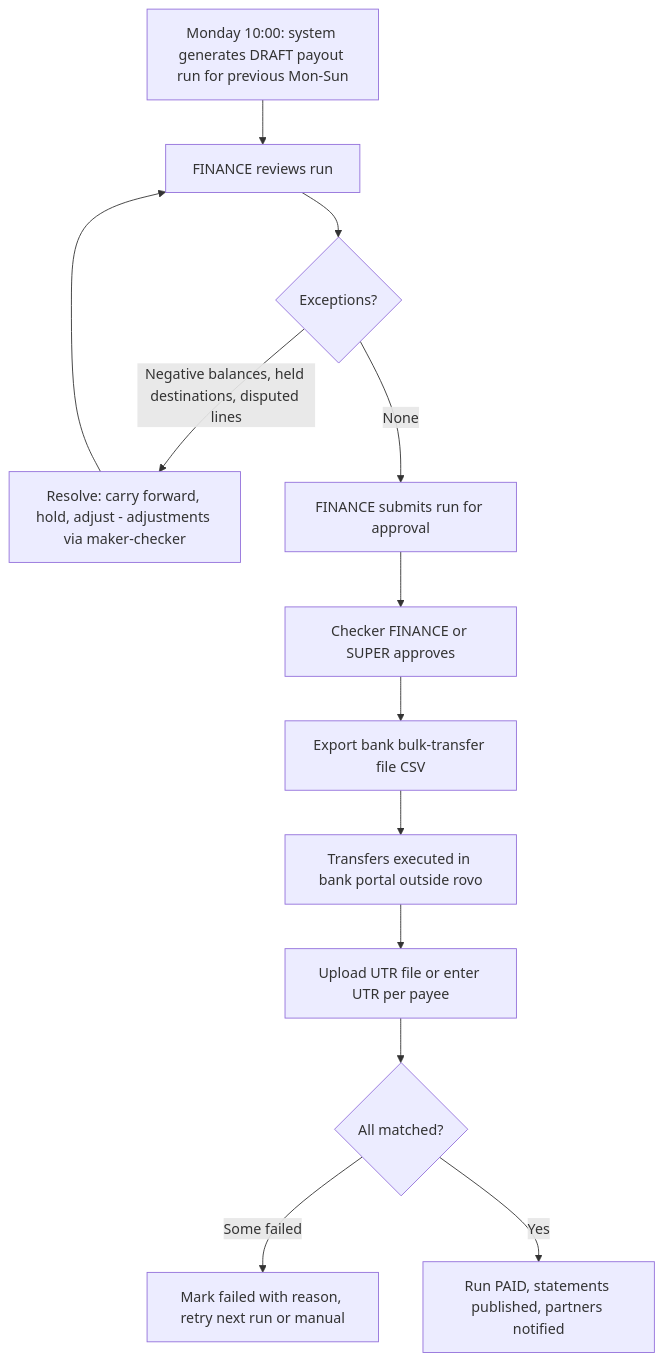
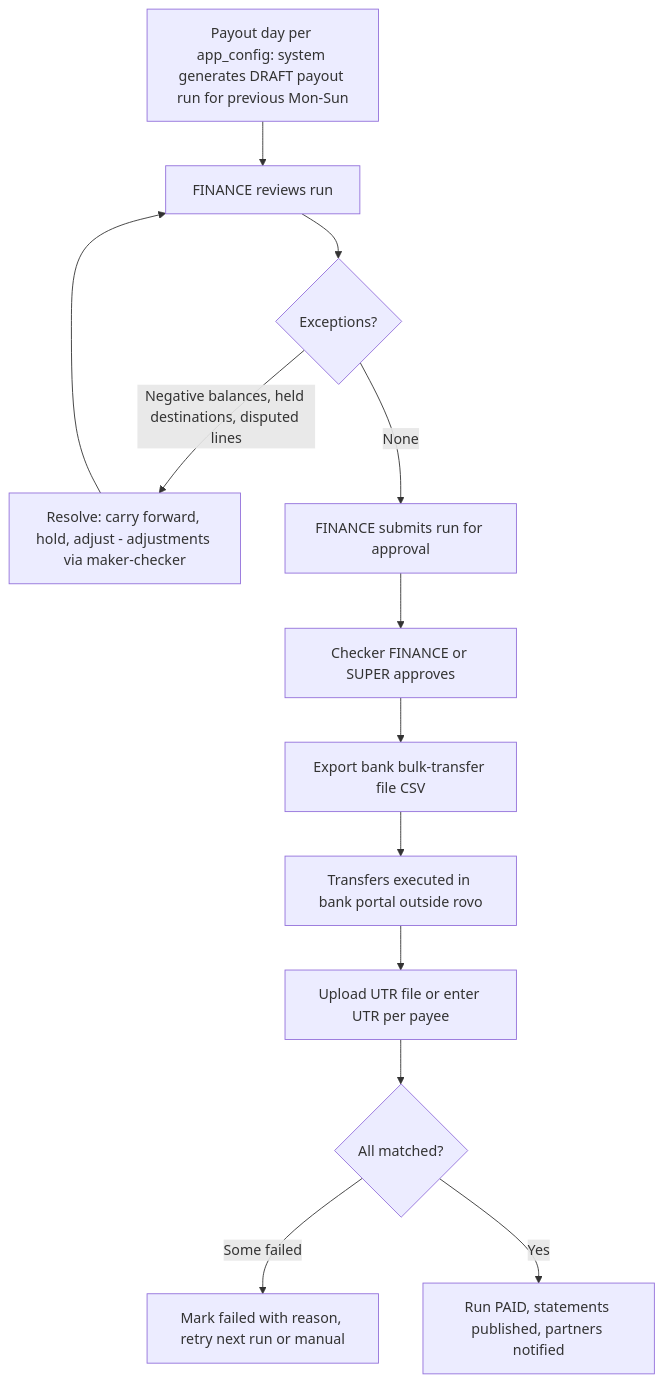
One commit to storetmobiles2-code/rovo changed the third of 3 diagrams in docs/planning/07-admin-workflow.md. Above: the diagram before and after it, drawn with Mermaid. The commit also changed other lines of this file and 13 other files, not shown here.

````diff
--- a/docs/planning/07-admin-workflow.md
+++ b/docs/planning/07-admin-workflow.md
@@ -302,15 +321,15 @@
 ```mermaid
 flowchart TD
-    A[Monday 10:00: system generates DRAFT payout run for previous Mon-Sun] --> B[FINANCE reviews run]
+    A[Payout day per app_config: system generates DRAFT payout run for previous Mon-Sun] --> B[FINANCE reviews run]
     B --> C{Exceptions?}
     C -- Negative balances, held destinations, disputed lines --> D[Resolve: carry forward, hold, adjust - adjustments via maker-checker]
     D --> B
     C -- None --> E[FINANCE submits run for approval]
     E --> F[Checker FINANCE or SUPER approves]
     F --> G[Export bank bulk-transfer file CSV]
     G --> H[Transfers executed in bank portal outside rovo]
     H --> I[Upload UTR file or enter UTR per payee]
     I --> J{All matched?}
     J -- Some failed --> K[Mark failed with reason, retry next run or manual]
     J -- Yes --> L[Run PAID, statements published, partners notified]
 ```
````
